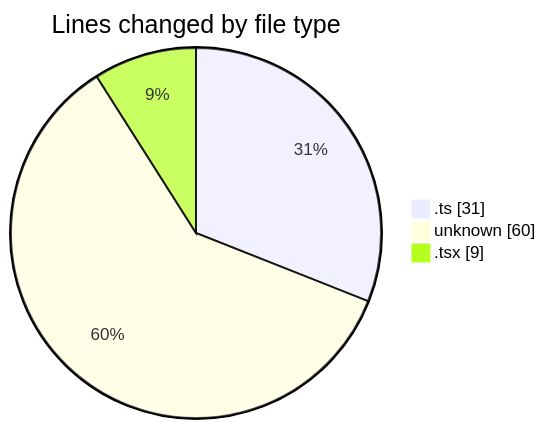
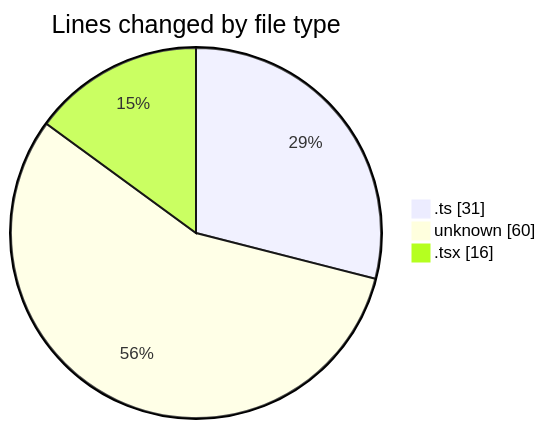
Before and after one commit to momahboobian/code-tracking: the first of 2 diagrams in 2026-06-12/cda/README.md, drawn with Mermaid. The commit also changed other lines of this file and 1 other file, not shown here.

````diff
--- a/2026-06-12/cda/README.md
+++ b/2026-06-12/cda/README.md
@@ -23,7 +23,7 @@
 ```mermaid
 pie showData
 title Lines changed by file type
 ".ts" : 31
 "unknown" : 60
-".tsx" : 9
+".tsx" : 16
 ```
````
